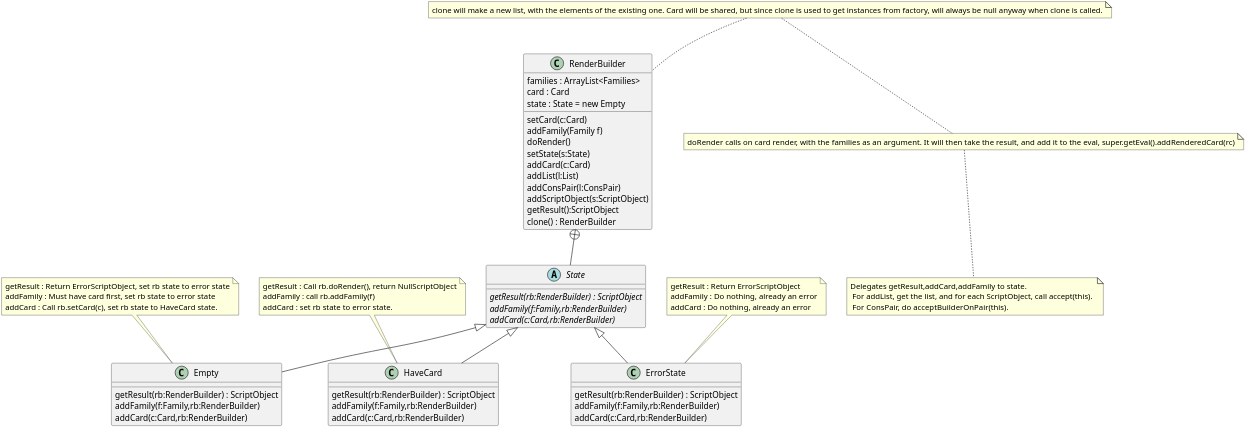
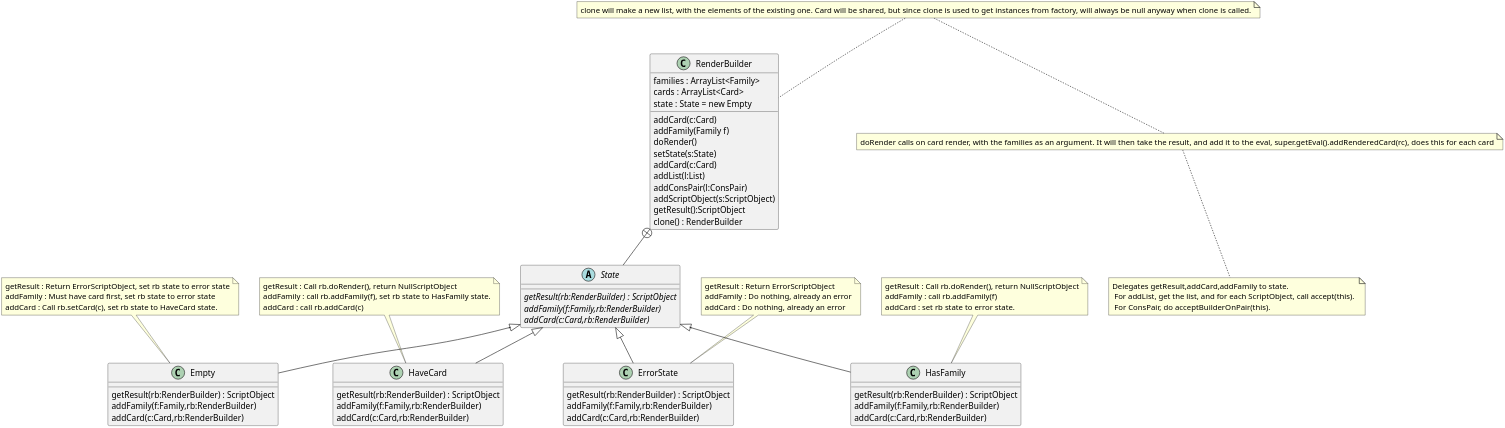
The diagram in Builder/RenderBuilder.org (MatthewBregg/DesignPatternsRepo), drawn with PlantUML before and after one commit. The commit also changed 1 other file, not shown here.

Commit message:
Render builder updated, implementaiton didn't work with lists/pairs of cards

```diff
--- a/Builder/RenderBuilder.org
+++ b/Builder/RenderBuilder.org
@@ -1,68 +1,80 @@
 #+BEGIN_SRC plantuml :file RenderBuilder.png
 skinparam dpi 300
 
 class RenderBuilder
 
-RenderBuilder : families : ArrayList<Families> 
-RenderBuilder : card : Card
-RenderBuilder : setCard(c:Card)
+RenderBuilder : families : ArrayList<Family> 
+RenderBuilder : cards : ArrayList<Card>
+RenderBuilder : addCard(c:Card)
 RenderBuilder : addFamily(Family f)
 RenderBuilder : doRender()
 RenderBuilder : state : State = new Empty
 RenderBuilder : setState(s:State)
 RenderBuilder : addCard(c:Card)
 RenderBuilder : addList(l:List)
 RenderBuilder : addConsPair(l:ConsPair)
 RenderBuilder : addScriptObject(s:ScriptObject)
 RenderBuilder : getResult():ScriptObject
 RenderBuilder : clone() : RenderBuilder
 note top : clone will make a new list, with the elements of the existing one. Card will be shared, but since clone is used to get instances from factory, will always be null anyway when clone is called.
-note bottom : doRender calls on card render, with the families as an argument. It will then take the result, and add it to the eval, super.getEval().addRenderedCard(rc)
+note bottom : doRender calls on card render, with the families as an argument. It will then take the result, and add it to the eval, super.getEval().addRenderedCard(rc), does this for each card
 
 note bottom : Delegates getResult,addCard,addFamily to state. \n For addList, get the list, and for each ScriptObject, call accept(this). \n For ConsPair, do acceptBuilderOnPair(this).
 
 RenderBuilder +-- State
 
 abstract class State as "{abstract}\nState"
 State : {abstract}getResult(rb:RenderBuilder) : ScriptObject
 State : {abstract}addFamily(f:Family,rb:RenderBuilder)
 State : {abstract}addCard(c:Card,rb:RenderBuilder)
 
-State <|--Empty
-State <|--HaveCard
-State <|--ErrorState
+State <|-- Empty
+State <|-- HaveCard
+State <|-- ErrorState
+State <|-- HasFamily
 
 class Empty
 Empty : getResult(rb:RenderBuilder) : ScriptObject
 Empty : addFamily(f:Family,rb:RenderBuilder)
 Empty : addCard(c:Card,rb:RenderBuilder)
 
 note top of Empty
   getResult : Return ErrorScriptObject, set rb state to error state
   addFamily : Must have card first, set rb state to error state
   addCard : Call rb.setCard(c), set rb state to HaveCard state.
 end note
 
 class HaveCard
 HaveCard : getResult(rb:RenderBuilder) : ScriptObject
 HaveCard : addFamily(f:Family,rb:RenderBuilder)
 HaveCard : addCard(c:Card,rb:RenderBuilder)
 
 note top of HaveCard
   getResult : Call rb.doRender(), return NullScriptObject
+  addFamily : call rb.addFamily(f), set rb state to HasFamily state.
+  addCard : call rb.addCard(c)
+end note
+
+class HasFamily
+HasFamily : getResult(rb:RenderBuilder) : ScriptObject
+HasFamily : addFamily(f:Family,rb:RenderBuilder)
+HasFamily : addCard(c:Card,rb:RenderBuilder)
+
+note top of HasFamily
+  getResult : Call rb.doRender(), return NullScriptObject
   addFamily : call rb.addFamily(f)
   addCard : set rb state to error state.
 end note
 
 class ErrorState
 ErrorState : getResult(rb:RenderBuilder) : ScriptObject
 ErrorState : addFamily(f:Family,rb:RenderBuilder) 
 ErrorState : addCard(c:Card,rb:RenderBuilder)
 
 note top of ErrorState 
   getResult : Return ErrorScriptObject
   addFamily : Do nothing, already an error
   addCard : Do nothing, already an error
 end note
 
 #+END_SRC
```
